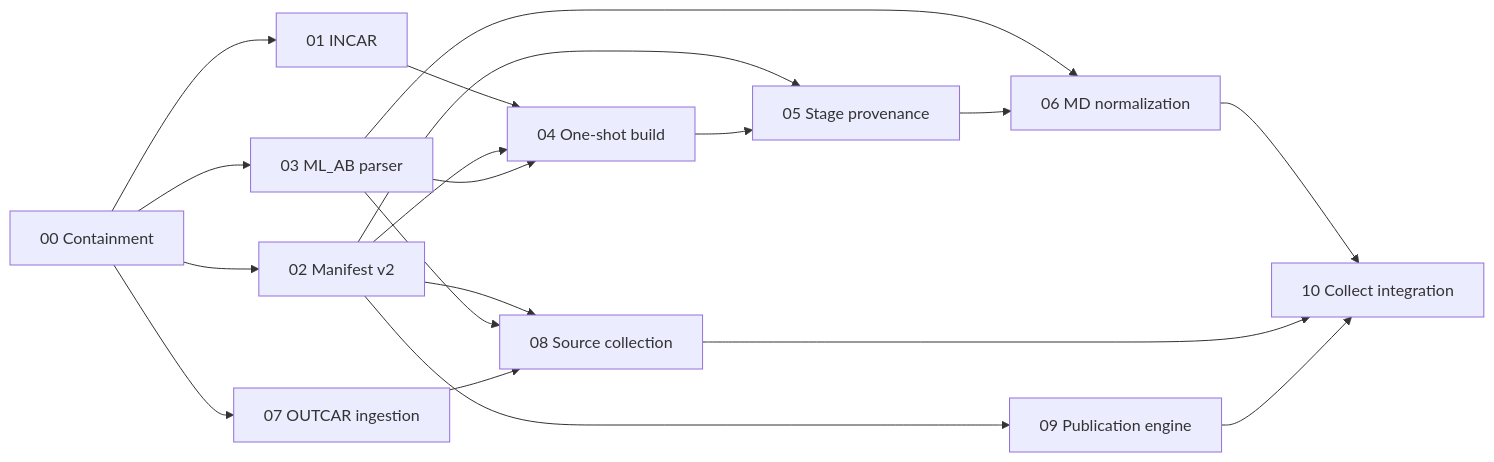
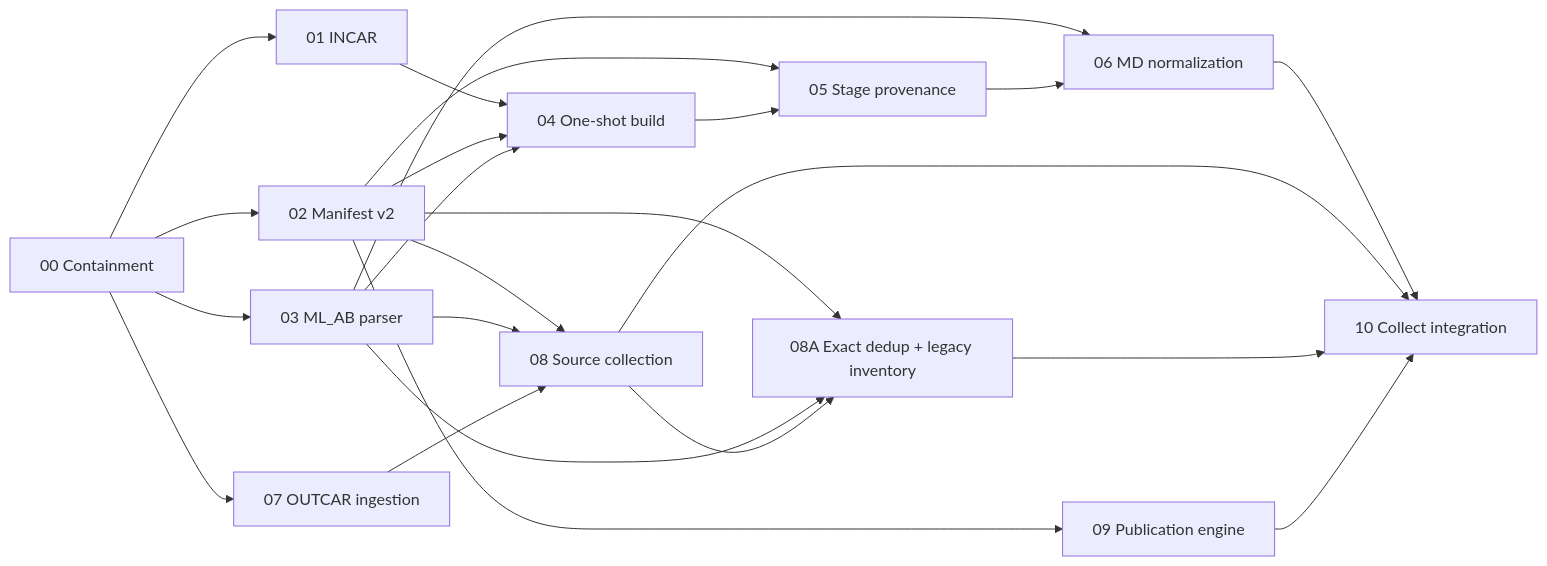
Before and after one commit to weishengless/DPmoire-lite: the diagram in docs/superpowers/plans/2026-07-11-code-review-followup/README.md, drawn with Mermaid. The commit also changed other lines of this file and 8 other files, not shown here.

````diff
--- a/docs/superpowers/plans/2026-07-11-code-review-followup/README.md
+++ b/docs/superpowers/plans/2026-07-11-code-review-followup/README.md
@@ -105,27 +139,32 @@
 ```mermaid
 flowchart LR
     P00["00 Containment"] --> P01["01 INCAR"]
     P00 --> P02["02 Manifest v2"]
     P00 --> P03["03 ML_AB parser"]
     P00 --> P07["07 OUTCAR ingestion"]
 
     P01 --> P04["04 One-shot build"]
     P02 --> P04
     P03 --> P04
 
     P02 --> P05["05 Stage provenance"]
     P04 --> P05
 
     P03 --> P06["06 MD normalization"]
     P05 --> P06
 
     P02 --> P08["08 Source collection"]
     P03 --> P08
     P07 --> P08
 
+    P02 --> P08A["08A Exact dedup + legacy inventory"]
+    P03 --> P08A
+    P08 --> P08A
+
     P02 --> P09["09 Publication engine"]
 
     P06 --> P10["10 Collect integration"]
     P08 --> P10
+    P08A --> P10
     P09 --> P10
 ```
````
